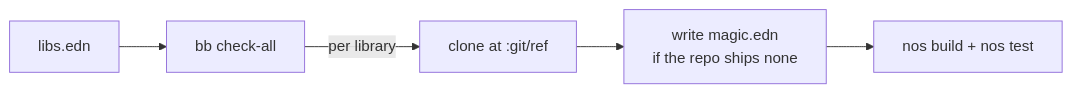
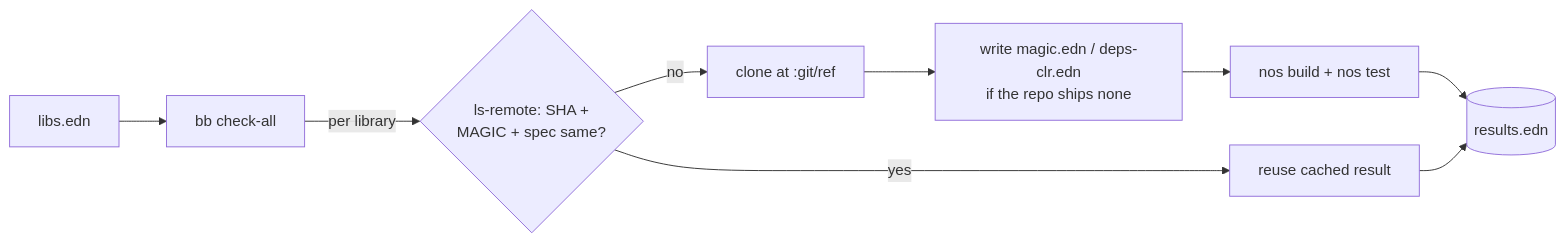
The diagram in README.md (flybot-sg/magic-conformance), drawn with Mermaid before and after one commit. The commit also changed other lines of this file and 4 other files, not shown here.

````diff
--- a/README.md
+++ b/README.md
@@ -23,7 +23,11 @@
 ```mermaid
 flowchart LR
   L[libs.edn] --> R[bb check-all]
-  R -->|per library| A[clone at :git/ref]
-  A --> B[write magic.edn<br/>if the repo ships none]
+  R -->|per library| S{ls-remote: SHA +<br/>MAGIC + spec same?}
+  S -->|yes| K[reuse cached result]
+  S -->|no| A[clone at :git/ref]
+  A --> B[write magic.edn / deps-clr.edn<br/>if the repo ships none]
   B --> C[nos build + nos test]
+  C --> W[(results.edn)]
+  K --> W
 ```
````
